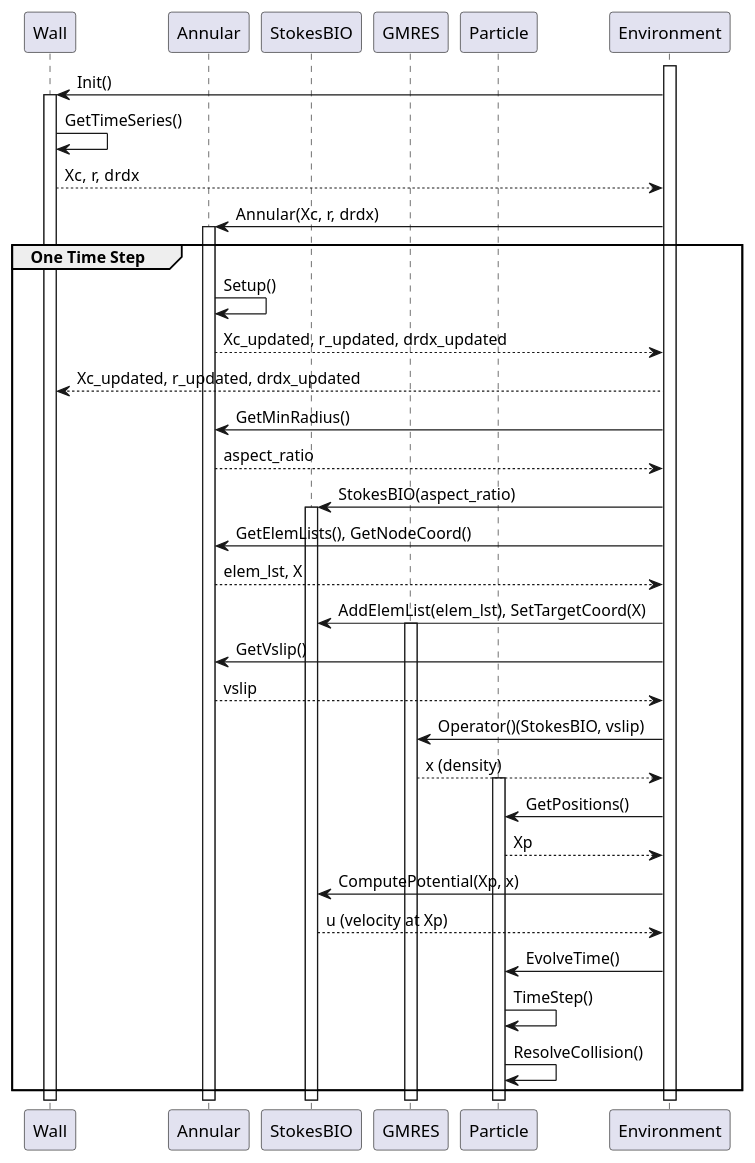
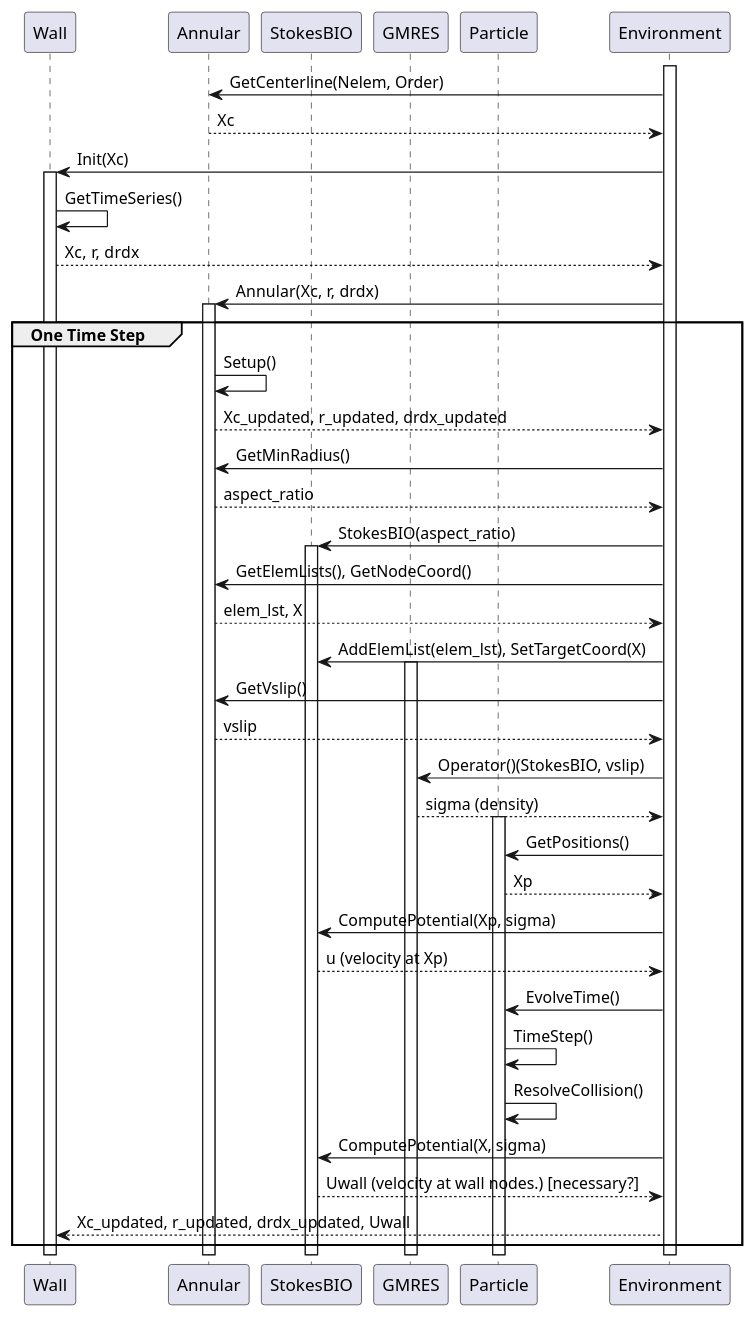
The diagram in sequence_uml.puml (TianyueLi75/glymphbie), drawn with PlantUML before and after one commit. The commit also changed 6 other files, not shown here.

Commit message:
Incorporated MPI in Annular class, tested against serial code. Combining StokesBIO, GMRES, and Annular classes to check convergence to exact solution in concentric annular case in tests/SpatialSolver_tests.

```diff
--- a/sequence_uml.puml
+++ b/sequence_uml.puml
@@ -1,55 +1,63 @@
 @startuml sequence_diagram
 
 participant Wall
 participant Annular
 participant StokesBIO
 participant GMRES
 participant Particle
 
 participant Environment
 activate Environment
-Environment -> Wall : Init()
+
+Environment -> Annular : GetCenterline(Nelem, Order)
+Annular --> Environment : Xc
+
+Environment -> Wall : Init(Xc)
 activate Wall
 
 Wall -> Wall : GetTimeSeries()
 
 Wall --> Environment : Xc, r, drdx
 
 Environment -> Annular : Annular(Xc, r, drdx)
 activate Annular
 
 group One Time Step 
 
     Annular -> Annular : Setup()
 
     Annular --> Environment : Xc_updated, r_updated, drdx_updated
-    Environment --> Wall : Xc_updated, r_updated, drdx_updated
 
     Environment -> Annular : GetMinRadius()
     Annular --> Environment : aspect_ratio
     Environment -> StokesBIO : StokesBIO(aspect_ratio)
     activate StokesBIO
 
     Environment -> Annular : GetElemLists(), GetNodeCoord()
     Annular --> Environment : elem_lst, X
     Environment -> StokesBIO : AddElemList(elem_lst), SetTargetCoord(X)
 
     activate GMRES
 
     Environment -> Annular : GetVslip()
     Annular --> Environment : vslip
     Environment -> GMRES : Operator()(StokesBIO, vslip)
-    GMRES --> Environment : x (density)
+    GMRES --> Environment : sigma (density)
 
     activate Particle
     Environment -> Particle : GetPositions()
     Particle --> Environment : Xp
-    Environment -> StokesBIO : ComputePotential(Xp, x)
+    Environment -> StokesBIO : ComputePotential(Xp, sigma)
     StokesBIO --> Environment : u (velocity at Xp)
     Environment -> Particle : EvolveTime()
     Particle -> Particle : TimeStep()
     Particle -> Particle : ResolveCollision()
 
+    Environment -> StokesBIO : ComputePotential(X, sigma)
+    StokesBIO --> Environment : Uwall (velocity at wall nodes.) [necessary?]
+
+    Environment --> Wall : Xc_updated, r_updated, drdx_updated, Uwall
+
 end
 
 @enduml
```
